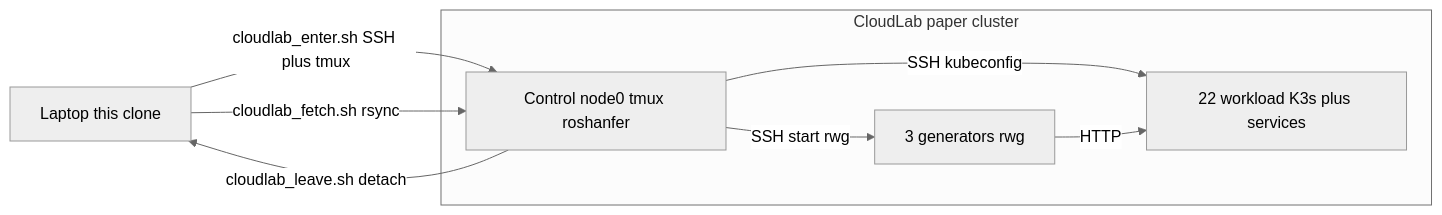
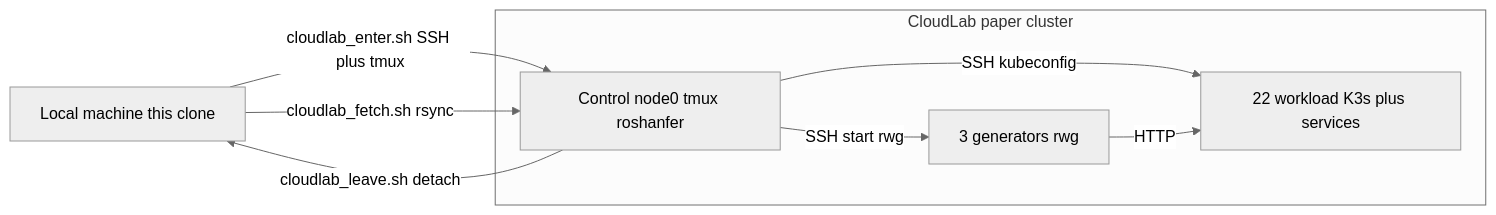
Before and after one commit to roshanfer-project/roshanfer-experiments: the diagram in README.md, drawn with Mermaid (neutral theme). The commit also changed other lines of this file, not shown here.

````diff
--- a/README.md
+++ b/README.md
@@ -82,15 +82,15 @@
 ```mermaid
 flowchart LR
-  Laptop["Laptop this clone"]
+  LocalMachine["Local machine this clone"]
   subgraph cloudlab [CloudLab paper cluster]
     Control["Control node0 tmux roshanfer"]
     Gens["3 generators rwg"]
     Work["22 workload K3s plus services"]
   end
-  Laptop -->|"cloudlab_enter.sh SSH plus tmux"| Control
-  Control -->|"cloudlab_leave.sh detach"| Laptop
-  Laptop -->|"cloudlab_fetch.sh rsync"| Control
+  LocalMachine -->|"cloudlab_enter.sh SSH plus tmux"| Control
+  Control -->|"cloudlab_leave.sh detach"| LocalMachine
+  LocalMachine -->|"cloudlab_fetch.sh rsync"| Control
   Control -->|"SSH kubeconfig"| Work
   Control -->|"SSH start rwg"| Gens
   Gens -->|"HTTP"| Work
 ```
````
